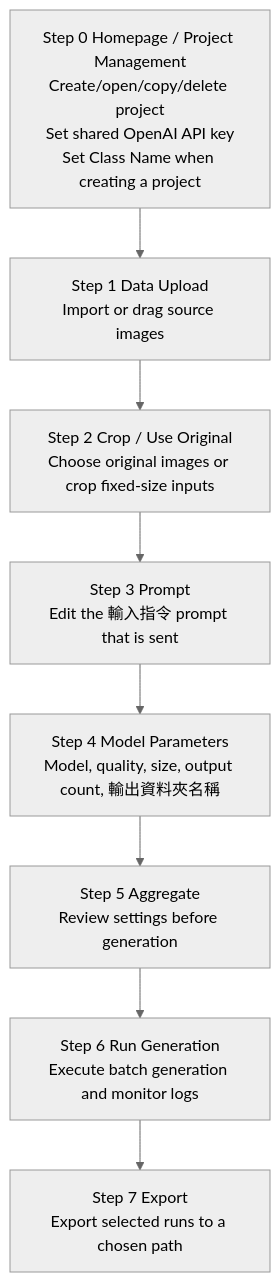
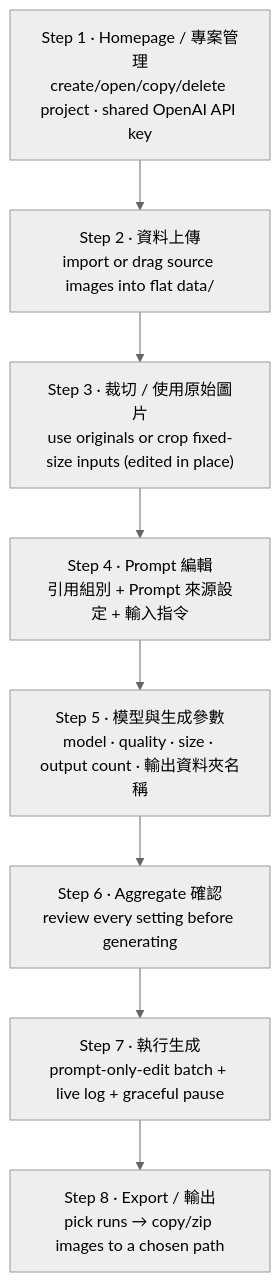
One commit to tku411770448/GPT-GenImage-UI changed the diagram in modes/food/README.md. Above: the diagram before and after it, drawn with Mermaid (neutral theme). The commit also changed other lines of this file and 17 other files, not shown here.

````diff
--- a/modes/food/README.md
+++ b/modes/food/README.md
@@ -66,13 +38,13 @@
 ```mermaid
 flowchart TD
-    A[Step 0 Homepage / Project Management\nCreate/open/copy/delete project\nSet shared OpenAI API key\nSet Class Name when creating a project]
-    B[Step 1 Data Upload\nImport or drag source images]
-    C[Step 2 Crop / Use Original\nChoose original images or crop fixed-size inputs]
-    D[Step 3 Prompt\nEdit the 輸入指令 prompt that is sent]
-    E[Step 4 Model Parameters\nModel, quality, size, output count, 輸出資料夾名稱]
-    F[Step 5 Aggregate\nReview settings before generation]
-    G[Step 6 Run Generation\nExecute batch generation and monitor logs]
-    H[Step 7 Export\nExport selected runs to a chosen path]
+    S1["Step 1 · Homepage / 專案管理<br/>create/open/copy/delete project · shared OpenAI API key"]
+    S2["Step 2 · 資料上傳<br/>import or drag source images into flat data/"]
+    S3["Step 3 · 裁切 / 使用原始圖片<br/>use originals or crop fixed-size inputs (edited in place)"]
+    S4["Step 4 · Prompt 編輯<br/>引用組別 + Prompt 來源設定 + 輸入指令"]
+    S5["Step 5 · 模型與生成參數<br/>model · quality · size · output count · 輸出資料夾名稱"]
+    S6["Step 6 · Aggregate 確認<br/>review every setting before generating"]
+    S7["Step 7 · 執行生成<br/>prompt-only-edit batch + live log + graceful pause"]
+    S8["Step 8 · Export / 輸出<br/>pick runs → copy/zip images to a chosen path"]
 
-    A --> B --> C --> D --> E --> F --> G --> H
+    S1 --> S2 --> S3 --> S4 --> S5 --> S6 --> S7 --> S8
 ```
````
